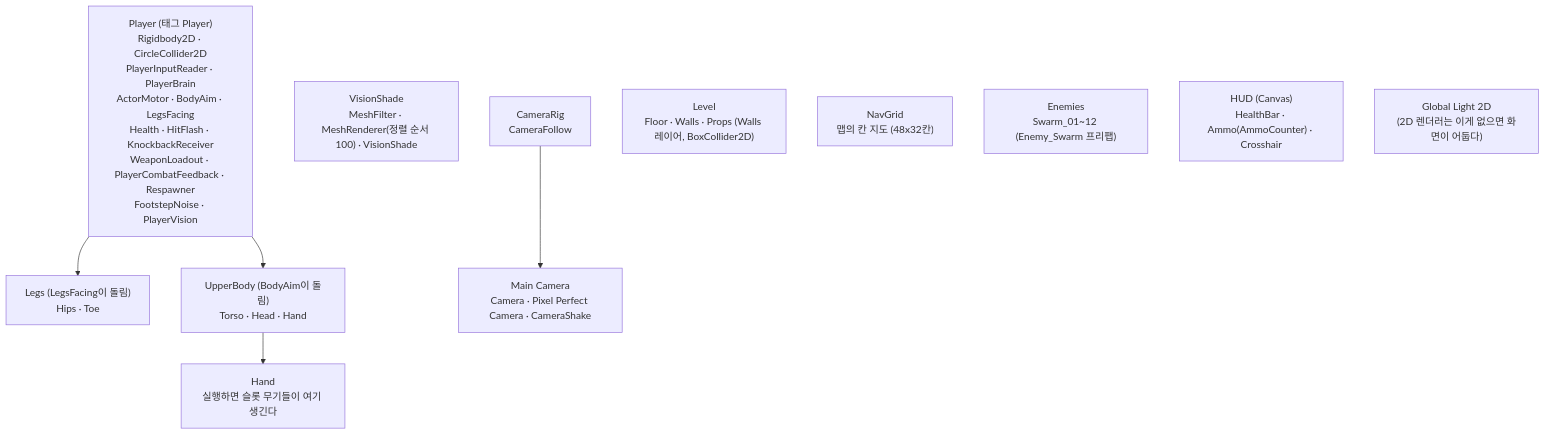
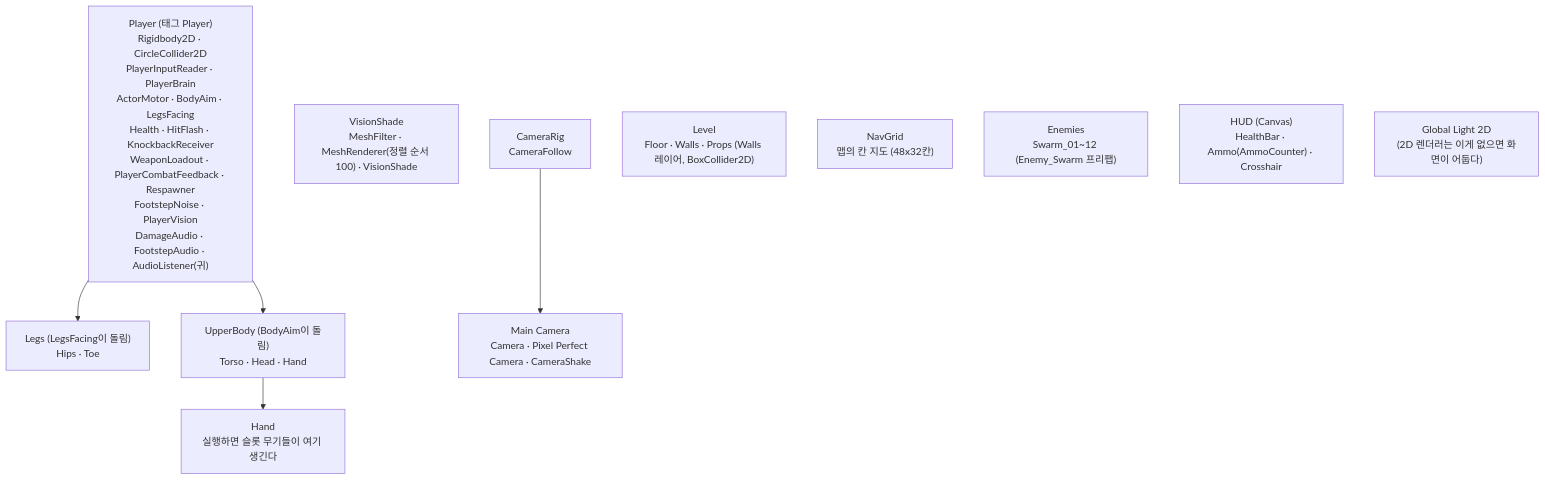
Before and after one commit to odyo0/project_dust_scrapper: the fifth of 5 diagrams in docs/코드-구조.md, drawn with Mermaid. The commit also changed other lines of this file and 92 other files, not shown here.

````diff
--- a/docs/코드-구조.md
+++ b/docs/코드-구조.md
@@ -313,14 +326,14 @@
 ```mermaid
 flowchart TD
-    Player["Player (태그 Player)<br/>Rigidbody2D · CircleCollider2D<br/>PlayerInputReader · PlayerBrain<br/>ActorMotor · BodyAim · LegsFacing<br/>Health · HitFlash · KnockbackReceiver<br/>WeaponLoadout · PlayerCombatFeedback · Respawner<br/>FootstepNoise · PlayerVision"]
+    Player["Player (태그 Player)<br/>Rigidbody2D · CircleCollider2D<br/>PlayerInputReader · PlayerBrain<br/>ActorMotor · BodyAim · LegsFacing<br/>Health · HitFlash · KnockbackReceiver<br/>WeaponLoadout · PlayerCombatFeedback · Respawner<br/>FootstepNoise · PlayerVision<br/>DamageAudio · FootstepAudio · AudioListener(귀)"]
     Shade["VisionShade<br/>MeshFilter · MeshRenderer(정렬 순서 100) · VisionShade"]
     Player --> Legs["Legs (LegsFacing이 돌림)<br/>Hips · Toe"]
     Player --> Upper["UpperBody (BodyAim이 돌림)<br/>Torso · Head · Hand"]
     Upper --> Hand["Hand<br/>실행하면 슬롯 무기들이 여기 생긴다"]
     Rig["CameraRig<br/>CameraFollow"] --> Cam["Main Camera<br/>Camera · Pixel Perfect Camera · CameraShake"]
     Level["Level<br/>Floor · Walls · Props (Walls 레이어, BoxCollider2D)"]
     Nav["NavGrid<br/>맵의 칸 지도 (48x32칸)"]
     Enemies["Enemies<br/>Swarm_01~12 (Enemy_Swarm 프리팹)"]
     HUD["HUD (Canvas)<br/>HealthBar · Ammo(AmmoCounter) · Crosshair"]
     Light["Global Light 2D<br/>(2D 렌더러는 이게 없으면 화면이 어둡다)"]
 ```
````
